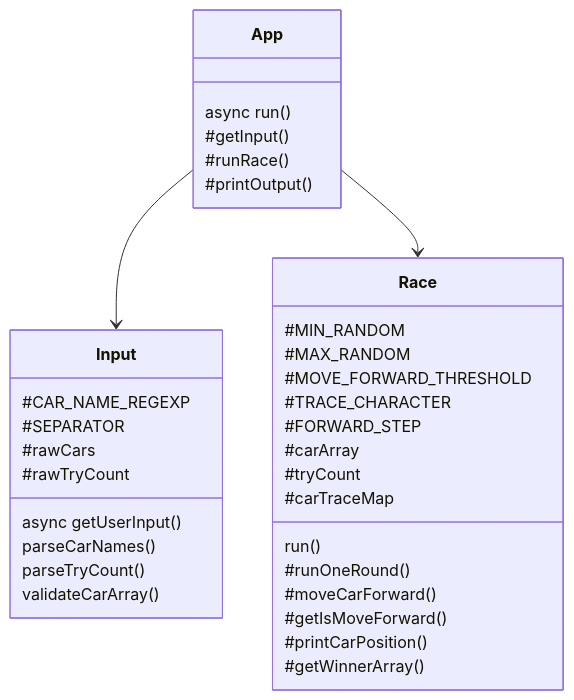
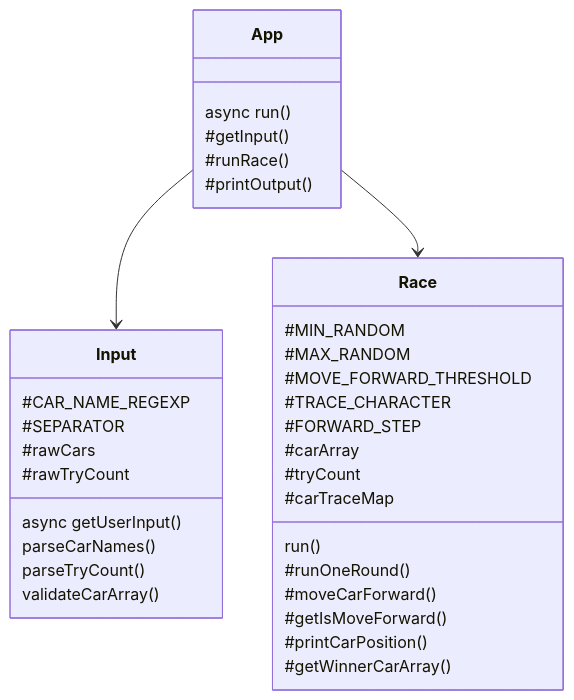
Before and after one commit to woowacourse-precourse/javascript-racingcar-7: the diagram in README.md, drawn with Mermaid. The commit also changed other lines of this file, not shown here.

````diff
--- a/README.md
+++ b/README.md
@@ -125,38 +119,40 @@
 ```mermaid
 classDiagram
   class App{
 	  async run()
 	  #getInput()
 	  #runRace()
 	  #printOutput()
 	}
 	class Input{
-		#CAR_NAME_REGEXP
-	  #SEPARATOR
-	  #rawCars
-	  #rawTryCount
+      #CAR_NAME_REGEXP
+      #SEPARATOR
+      #rawCars
+      #rawTryCount
+
 		async getUserInput()
 		parseCarNames()
 		parseTryCount()
 		validateCarArray()
 	}
 	class Race{
 	  #MIN_RANDOM
 	  #MAX_RANDOM
 	  #MOVE_FORWARD_THRESHOLD
 	  #TRACE_CHARACTER
 	  #FORWARD_STEP
 
 	  #carArray
 	  #tryCount
 	  #carTraceMap
+
 	  run()
 	  #runOneRound()
 	  #moveCarForward()
 	  #getIsMoveForward()
 	  #printCarPosition()
-	  #getWinnerArray()
+	  #getWinnerCarArray()
 	}
 	App --> Input
 	App --> Race
 ```
````
